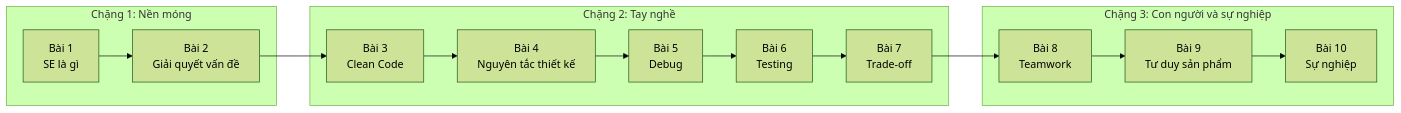
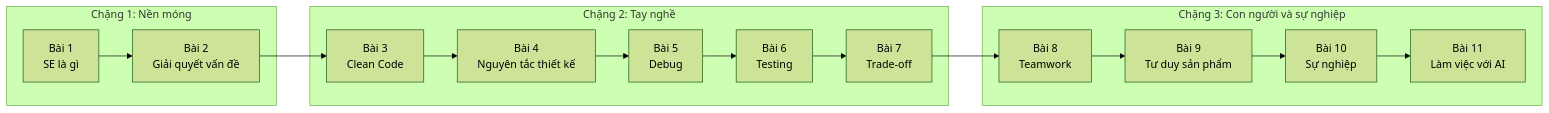
Before and after one commit to nguyenthanh1205tb/learning: the second of 3 diagrams in mindset/README.md, drawn with Mermaid (forest theme). The commit also changed other lines of this file and 24 other files, not shown here.

````diff
--- a/mindset/README.md
+++ b/mindset/README.md
@@ -96,18 +96,19 @@
 ```mermaid
 flowchart LR
     subgraph C1["Chặng 1: Nền móng"]
         B1["Bài 1<br/>SE là gì"] --> B2["Bài 2<br/>Giải quyết vấn đề"]
     end
     subgraph C2["Chặng 2: Tay nghề"]
         B3["Bài 3<br/>Clean Code"] --> B4["Bài 4<br/>Nguyên tắc thiết kế"]
         B4 --> B5["Bài 5<br/>Debug"]
         B5 --> B6["Bài 6<br/>Testing"]
         B6 --> B7["Bài 7<br/>Trade-off"]
     end
     subgraph C3["Chặng 3: Con người và sự nghiệp"]
         B8["Bài 8<br/>Teamwork"] --> B9["Bài 9<br/>Tư duy sản phẩm"]
         B9 --> B10["Bài 10<br/>Sự nghiệp"]
+        B10 --> B11["Bài 11<br/>Làm việc với AI"]
     end
     B2 --> B3
     B7 --> B8
 ```
````
